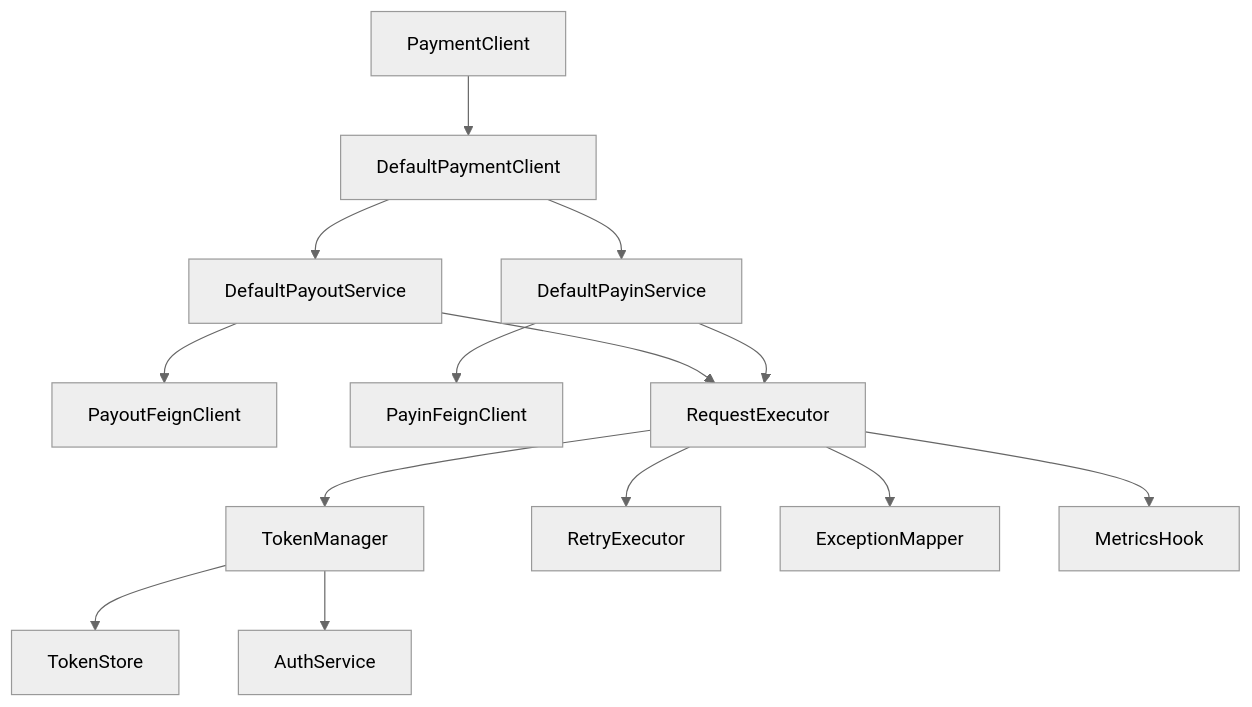
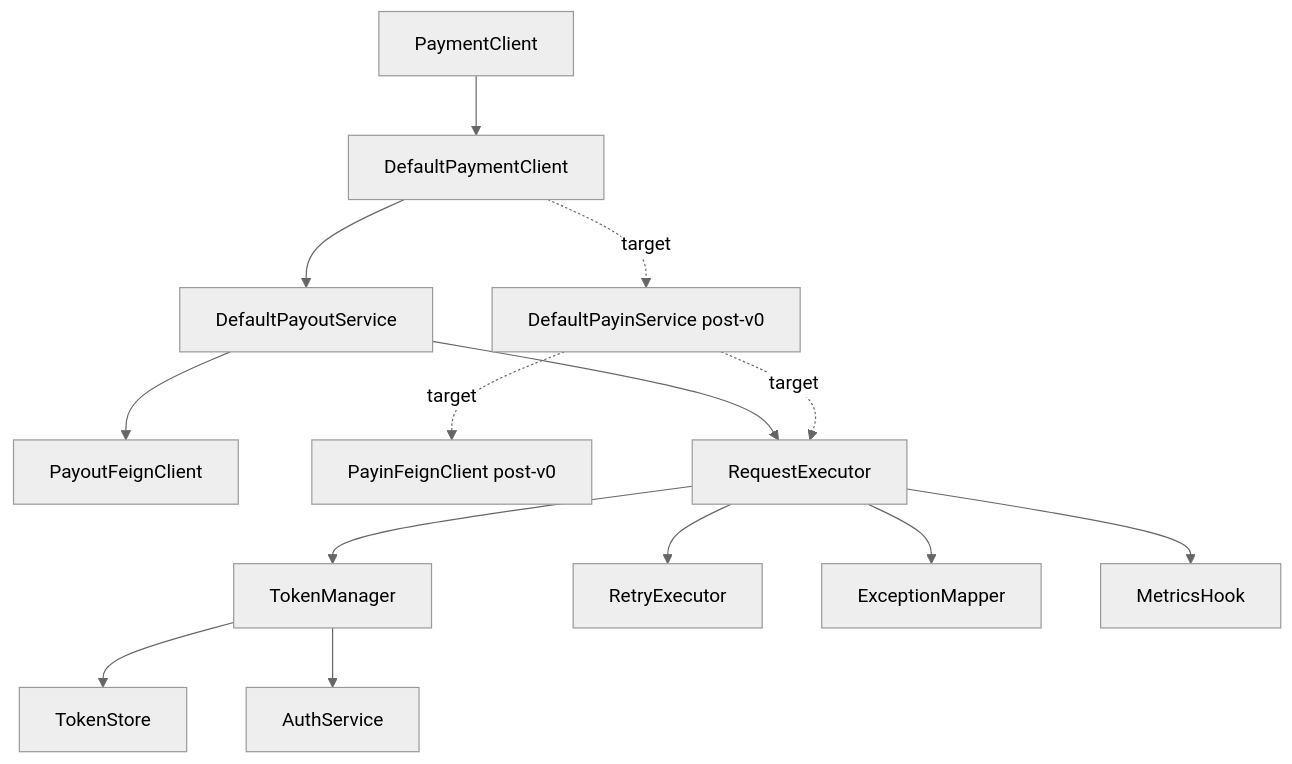
One commit to Sahilsoni88/acko-payments-sdk changed the fourth of 4 diagrams in docs/architecture.md. Above: the diagram before and after it, drawn with Mermaid (neutral theme). The commit also changed other lines of this file and 11 other files, not shown here.

````diff
--- a/docs/architecture.md
+++ b/docs/architecture.md
@@ -151,25 +156,26 @@
 ```mermaid
 graph TD
     PC["PaymentClient"]
     DPC["DefaultPaymentClient"]
     DPS["DefaultPayoutService"]
-    DPAS["DefaultPayinService"]
     PFC["PayoutFeignClient"]
-    PIFC["PayinFeignClient"]
+    DPAS["DefaultPayinService post-v0"]
+    PIFC["PayinFeignClient post-v0"]
     RE["RequestExecutor"]
     TM["TokenManager"]
     TS["TokenStore"]
     AS["AuthService"]
     RTE["RetryExecutor"]
     EM["ExceptionMapper"]
     MH["MetricsHook"]
 
     PC --> DPC
-    DPC --> DPS & DPAS
+    DPC --> DPS
+    DPC -. target .-> DPAS
     DPS --> PFC
     DPS --> RE
-    DPAS --> PIFC
-    DPAS --> RE
+    DPAS -. target .-> PIFC
+    DPAS -. target .-> RE
     RE --> TM & RTE & EM & MH
     TM --> TS & AS
 ```
````
